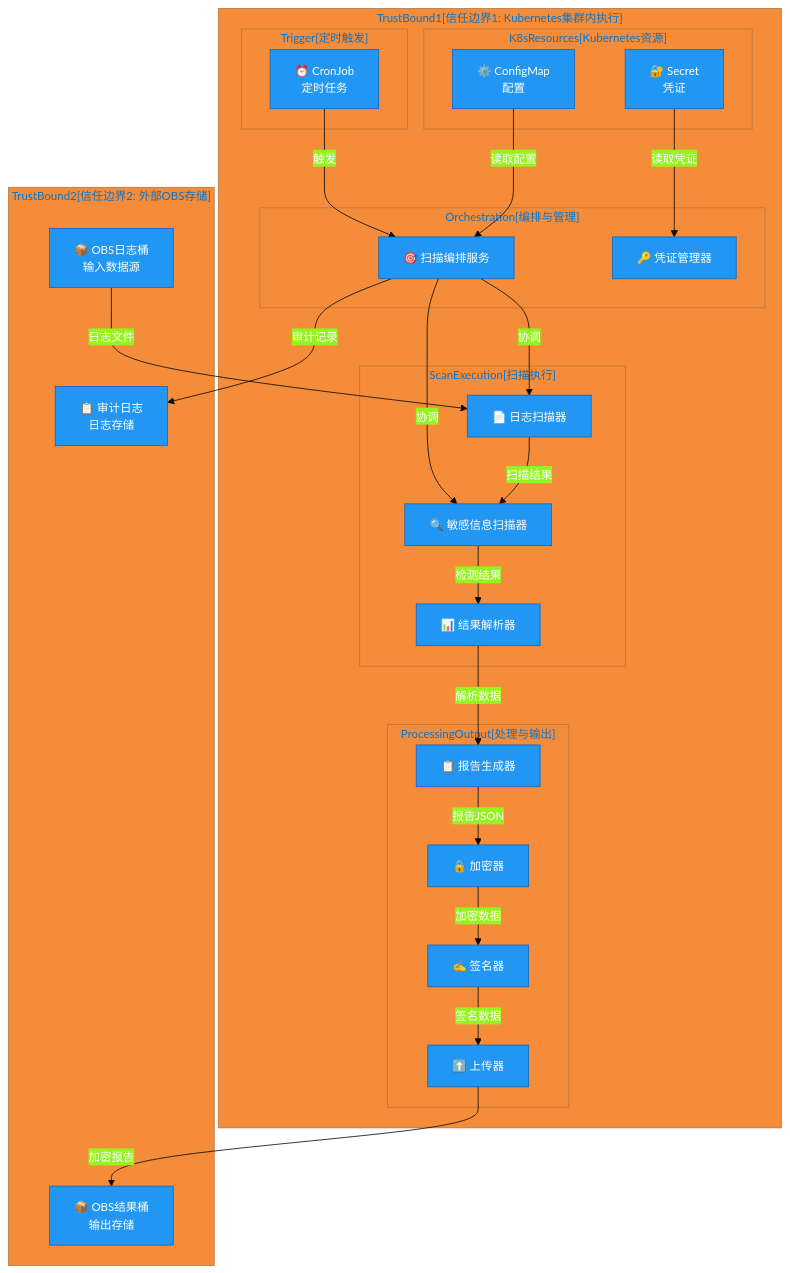
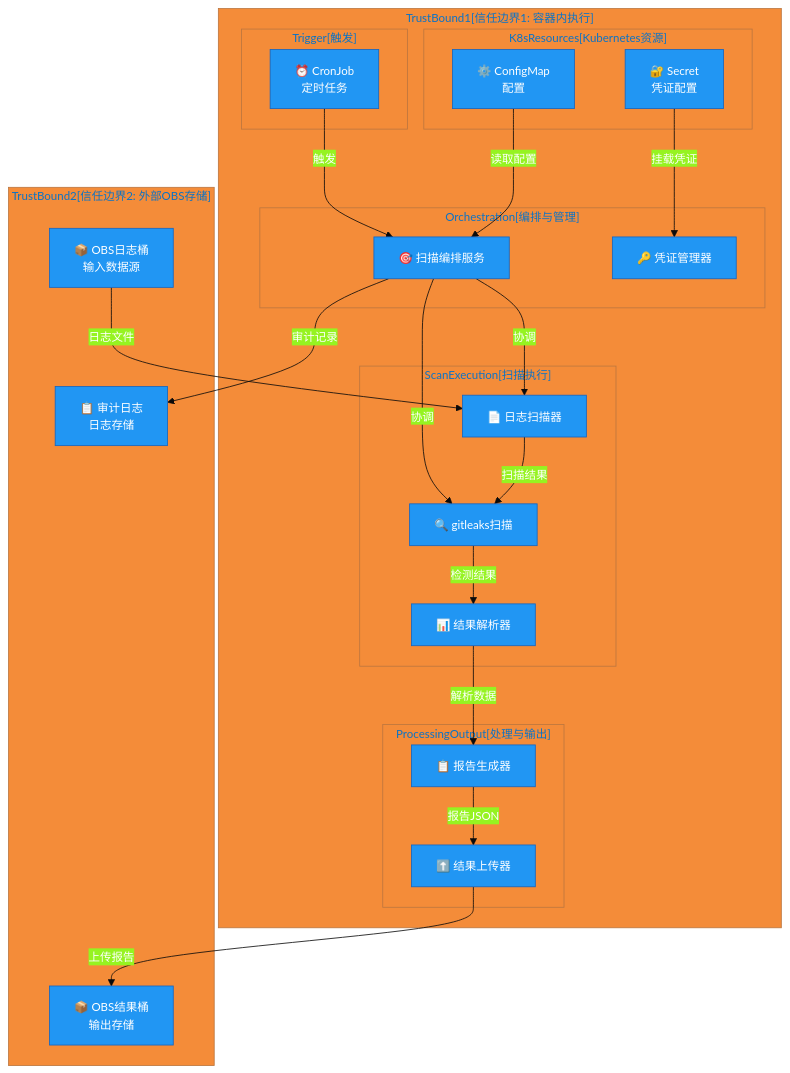
Before and after one commit to GeorgeCao-hw/backlog-test: the sixth of 7 diagrams in opensourceways/issue_docs/67/Architecture Desgin/#67 Architecture Design Specification.md, drawn with Mermaid. The commit also changed other lines of this file and 3 other files, not shown here.

````diff
--- a/opensourceways/issue_docs/67/Architecture Desgin/#67 Architecture Design Specification.md
+++ b/opensourceways/issue_docs/67/Architecture Desgin/#67 Architecture Design Specification.md
@@ -355,66 +362,62 @@
 ```mermaid
 %%{init: {
   'theme': 'base',
   'themeVariables': {
     'primaryColor': '#2196f3',
     'primaryBorderColor': '#1565c0',
     'primaryTextColor': '#ffffff',
     'fontSize': '14px'
   }
 }}%%
 graph TB
-    subgraph "TrustBound1[信任边界1: Kubernetes集群内执行]"
-        subgraph "Trigger[定时触发]"
+    subgraph "TrustBound1[信任边界1: 容器内执行]"
+        subgraph "Trigger[触发]"
             CronJob["⏰ CronJob<br/>定时任务"]
         end
 
         subgraph "Orchestration[编排与管理]"
             Orchestrator["🎯 扫描编排服务"]
             CredMgr["🔑 凭证管理器"]
         end
 
         subgraph "ScanExecution[扫描执行]"
             LogScanner["📄 日志扫描器"]
-            SecretScanner["🔍 敏感信息扫描器"]
+            SecretScanner["🔍 gitleaks扫描"]
             ResultParser["📊 结果解析器"]
         end
 
         subgraph "ProcessingOutput[处理与输出]"
             ReportGen["📋 报告生成器"]
-            Encryptor["🔒 加密器"]
-            Signer["✍️ 签名器"]
-            Uploader["⬆️ 上传器"]
+            Uploader["⬆️ 结果上传器"]
         end
 
         subgraph "K8sResources[Kubernetes资源]"
-            Secret["🔐 Secret<br/>凭证"]
+            Secret["🔐 Secret<br/>凭证配置"]
             ConfigMap["⚙️ ConfigMap<br/>配置"]
         end
     end
 
     subgraph "TrustBound2[信任边界2: 外部OBS存储]"
         OBSLogs["📦 OBS日志桶<br/>输入数据源"]
         OBSResults["📦 OBS结果桶<br/>输出存储"]
         AuditLogs["📋 审计日志<br/>日志存储"]
     end
 
     %% 数据流链路
     CronJob -->|触发| Orchestrator
-    Secret -->|读取凭证| CredMgr
+    Secret -->|挂载凭证| CredMgr
     ConfigMap -->|读取配置| Orchestrator
 
     Orchestrator -->|协调| LogScanner
     Orchestrator -->|协调| SecretScanner
 
     OBSLogs -->|日志文件| LogScanner
     LogScanner -->|扫描结果| SecretScanner
     SecretScanner -->|检测结果| ResultParser
     ResultParser -->|解析数据| ReportGen
 
-    ReportGen -->|报告JSON| Encryptor
-    Encryptor -->|加密数据| Signer
-    Signer -->|签名数据| Uploader
-    Uploader -->|加密报告| OBSResults
+    ReportGen -->|报告JSON| Uploader
+    Uploader -->|上传报告| OBSResults
 
     Orchestrator -->|审计记录| AuditLogs
 ```
````
